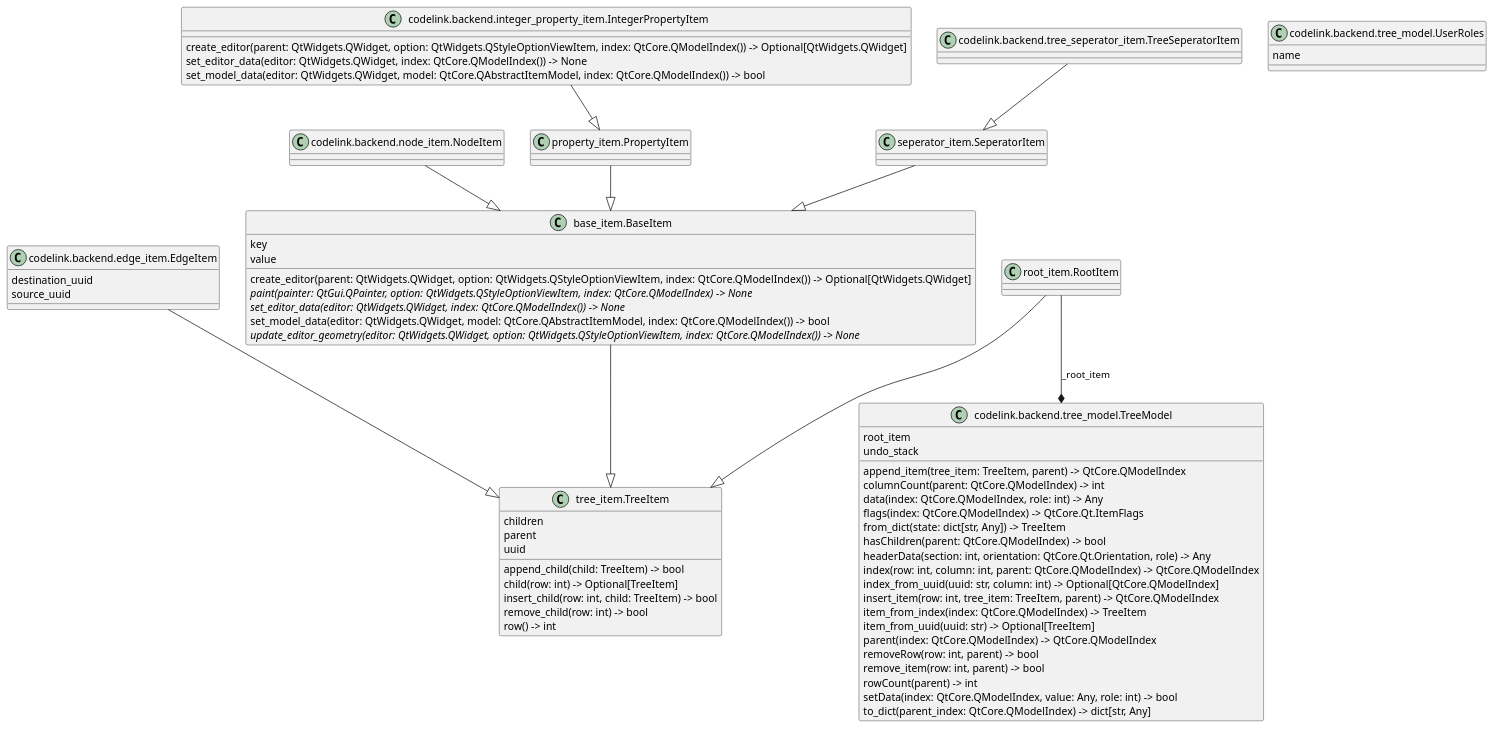
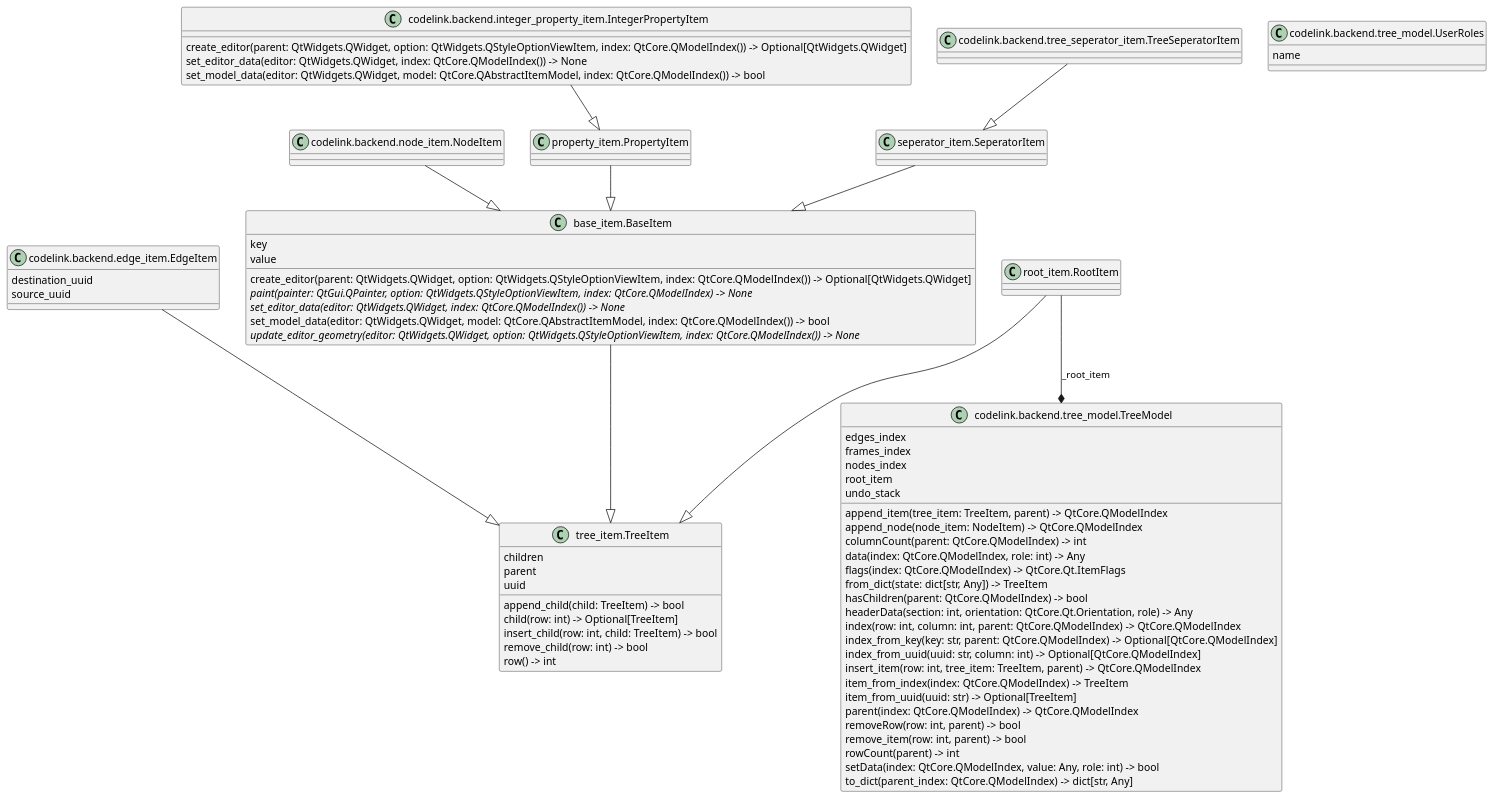
Before and after one commit to j8sr0230/codelink: the diagram in src/codelink/backend/classes.puml, drawn with PlantUML. The commit also changed 5 other files, not shown here.

```diff
--- a/src/codelink/backend/classes.puml
+++ b/src/codelink/backend/classes.puml
@@ -1,75 +1,80 @@
 @startuml classes
 set namespaceSeparator none
 class "base_item.BaseItem" as base_item.BaseItem {
   key
   value
   create_editor(parent: QtWidgets.QWidget, option: QtWidgets.QStyleOptionViewItem, index: QtCore.QModelIndex()) -> Optional[QtWidgets.QWidget]
   {abstract}paint(painter: QtGui.QPainter, option: QtWidgets.QStyleOptionViewItem, index: QtCore.QModelIndex) -> None
   {abstract}set_editor_data(editor: QtWidgets.QWidget, index: QtCore.QModelIndex()) -> None
   set_model_data(editor: QtWidgets.QWidget, model: QtCore.QAbstractItemModel, index: QtCore.QModelIndex()) -> bool
   {abstract}update_editor_geometry(editor: QtWidgets.QWidget, option: QtWidgets.QStyleOptionViewItem, index: QtCore.QModelIndex()) -> None
 }
 class "codelink.backend.edge_item.EdgeItem" as codelink.backend.edge_item.EdgeItem {
   destination_uuid
   source_uuid
 }
 class "codelink.backend.integer_property_item.IntegerPropertyItem" as codelink.backend.integer_property_item.IntegerPropertyItem {
   create_editor(parent: QtWidgets.QWidget, option: QtWidgets.QStyleOptionViewItem, index: QtCore.QModelIndex()) -> Optional[QtWidgets.QWidget]
   set_editor_data(editor: QtWidgets.QWidget, index: QtCore.QModelIndex()) -> None
   set_model_data(editor: QtWidgets.QWidget, model: QtCore.QAbstractItemModel, index: QtCore.QModelIndex()) -> bool
 }
 class "codelink.backend.node_item.NodeItem" as codelink.backend.node_item.NodeItem {
 }
 class "codelink.backend.tree_model.TreeModel" as codelink.backend.tree_model.TreeModel {
+  edges_index
+  frames_index
+  nodes_index
   root_item
   undo_stack
   append_item(tree_item: TreeItem, parent) -> QtCore.QModelIndex
+  append_node(node_item: NodeItem) -> QtCore.QModelIndex
   columnCount(parent: QtCore.QModelIndex) -> int
   data(index: QtCore.QModelIndex, role: int) -> Any
   flags(index: QtCore.QModelIndex) -> QtCore.Qt.ItemFlags
   from_dict(state: dict[str, Any]) -> TreeItem
   hasChildren(parent: QtCore.QModelIndex) -> bool
   headerData(section: int, orientation: QtCore.Qt.Orientation, role) -> Any
   index(row: int, column: int, parent: QtCore.QModelIndex) -> QtCore.QModelIndex
+  index_from_key(key: str, parent: QtCore.QModelIndex) -> Optional[QtCore.QModelIndex]
   index_from_uuid(uuid: str, column: int) -> Optional[QtCore.QModelIndex]
   insert_item(row: int, tree_item: TreeItem, parent) -> QtCore.QModelIndex
   item_from_index(index: QtCore.QModelIndex) -> TreeItem
   item_from_uuid(uuid: str) -> Optional[TreeItem]
   parent(index: QtCore.QModelIndex) -> QtCore.QModelIndex
   removeRow(row: int, parent) -> bool
   remove_item(row: int, parent) -> bool
   rowCount(parent) -> int
   setData(index: QtCore.QModelIndex, value: Any, role: int) -> bool
   to_dict(parent_index: QtCore.QModelIndex) -> dict[str, Any]
 }
 class "codelink.backend.tree_model.UserRoles" as codelink.backend.tree_model.UserRoles {
   name
 }
 class "codelink.backend.tree_seperator_item.TreeSeperatorItem" as codelink.backend.tree_seperator_item.TreeSeperatorItem {
 }
 class "property_item.PropertyItem" as property_item.PropertyItem {
 }
 class "root_item.RootItem" as root_item.RootItem {
 }
 class "seperator_item.SeperatorItem" as seperator_item.SeperatorItem {
 }
 class "tree_item.TreeItem" as tree_item.TreeItem {
   children
   parent
   uuid
   append_child(child: TreeItem) -> bool
   child(row: int) -> Optional[TreeItem]
   insert_child(row: int, child: TreeItem) -> bool
   remove_child(row: int) -> bool
   row() -> int
 }
 base_item.BaseItem --|> tree_item.TreeItem
 codelink.backend.edge_item.EdgeItem --|> tree_item.TreeItem
 codelink.backend.integer_property_item.IntegerPropertyItem --|> property_item.PropertyItem
 codelink.backend.node_item.NodeItem --|> base_item.BaseItem
 codelink.backend.tree_seperator_item.TreeSeperatorItem --|> seperator_item.SeperatorItem
 property_item.PropertyItem --|> base_item.BaseItem
 root_item.RootItem --|> tree_item.TreeItem
 seperator_item.SeperatorItem --|> base_item.BaseItem
 root_item.RootItem --* codelink.backend.tree_model.TreeModel : _root_item
 @enduml
```
